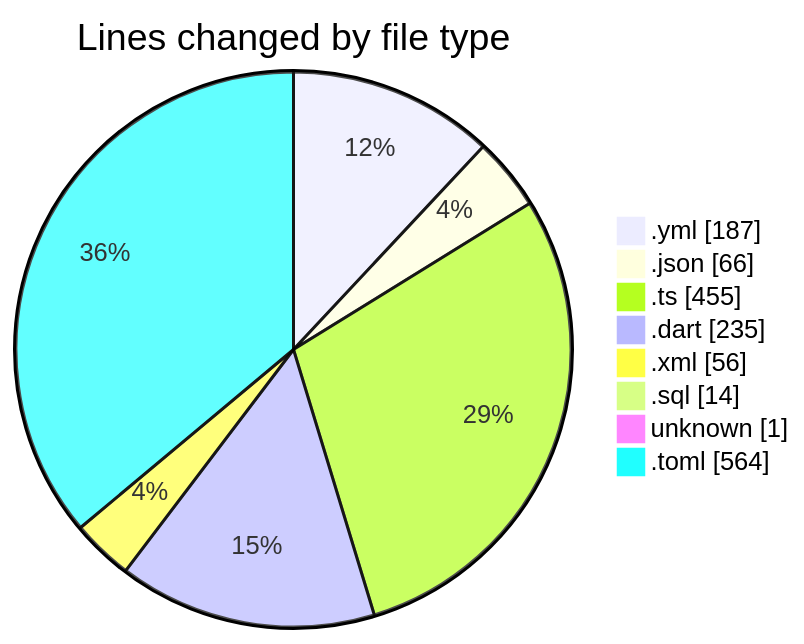
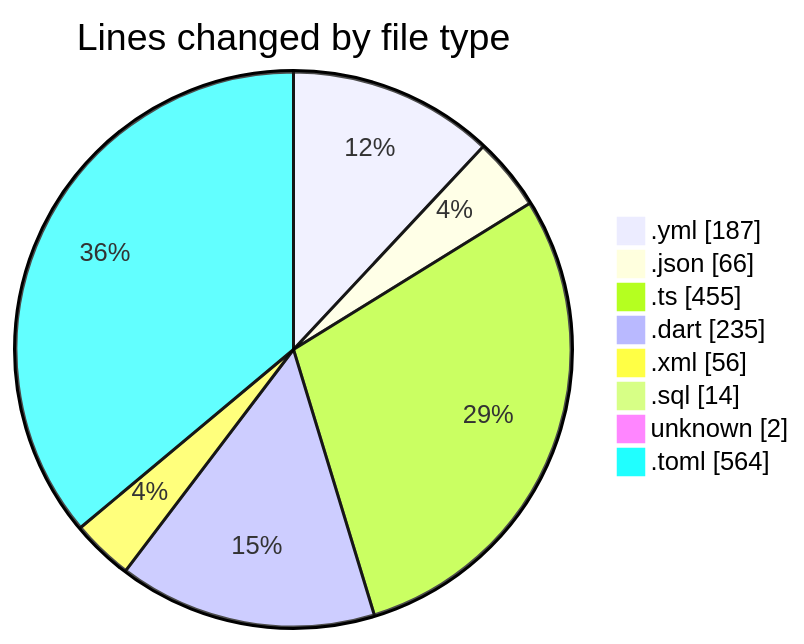
One commit to donsfak/code-tracking changed the first of 2 diagrams in 2025-02-10/maps_clone/README.md. Above: the diagram before and after it, drawn with Mermaid. The commit also changed other lines of this file and 1 other file, not shown here.

````diff
--- a/2025-02-10/maps_clone/README.md
+++ b/2025-02-10/maps_clone/README.md
@@ -31,12 +32,12 @@
 ```mermaid
 pie showData
 title Lines changed by file type
 ".yml" : 187
 ".json" : 66
 ".ts" : 455
 ".dart" : 235
 ".xml" : 56
 ".sql" : 14
-"unknown" : 1
+"unknown" : 2
 ".toml" : 564
 ```
````
